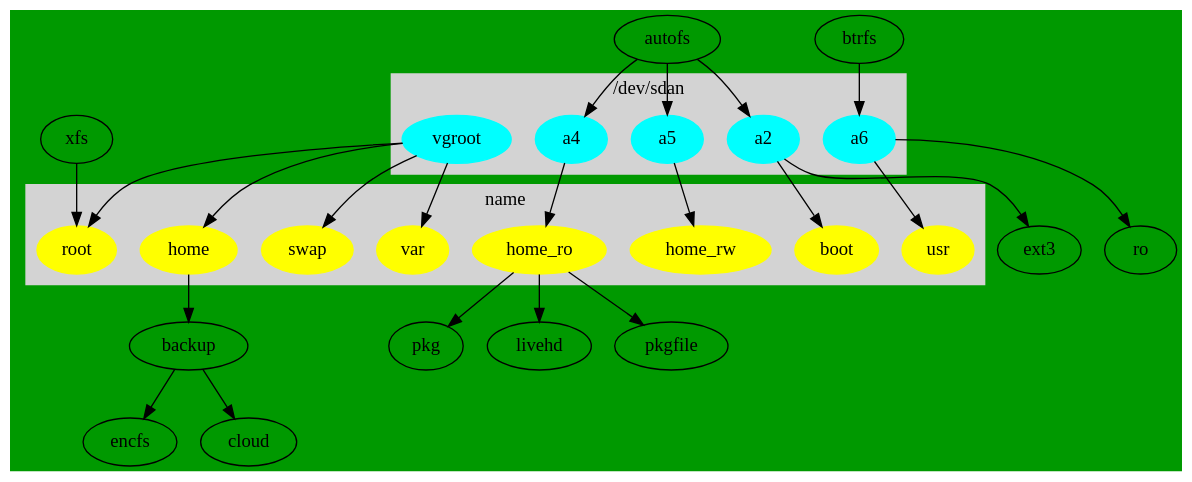
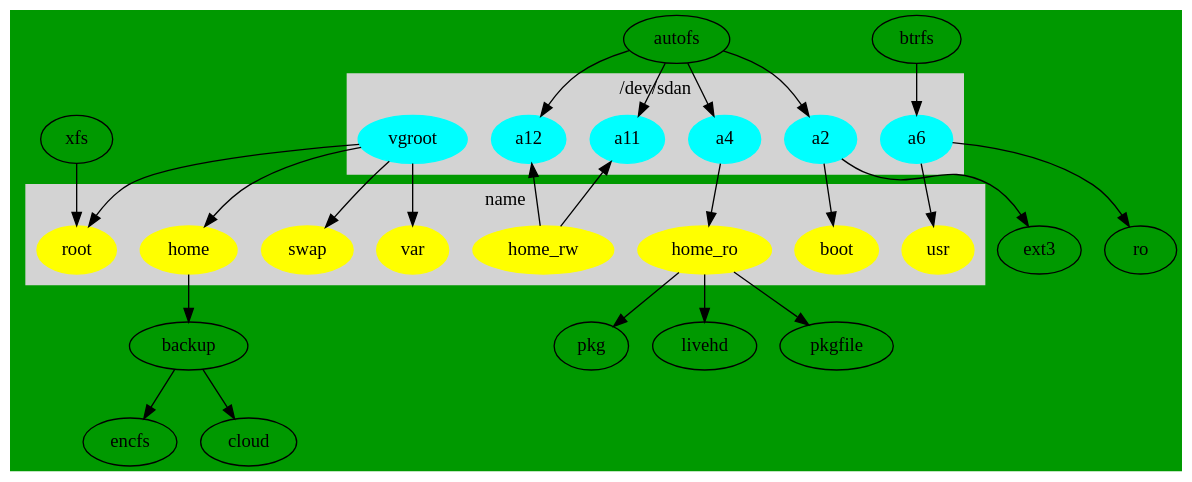
The diagram in dot/.config/dupl/parted.dot (cdede/dotfiles), drawn with Graphviz before and after one commit.

Commit message:
home_rw split 2

```diff
--- a/dot/.config/dupl/parted.dot
+++ b/dot/.config/dupl/parted.dot
@@ -1,54 +1,57 @@
 // dot -Tpng  parted.dot -o line1.png
 //  default ext4
 digraph G {
   bgcolor ="#009900";
 
 	subgraph cluster_0 {
 		style=filled;
 		color=lightgrey;
 		node [style=filled,color=cyan];
 		a2 ;
                 vgroot;
                 a4;
-                a5;
                 a6;
+                a11;
+                a12;
 		label = "/dev/sdan";
 	}
 
 	subgraph cluster_2 {
 		style=filled;
 		color=lightgrey;
 		node [style=filled,color=yellow];
 		boot;
 		root ;
                 usr;
                 var;
 		swap;
 		home;
                 home_ro;
                 home_rw;
 		label = "name";
 	}
 
 	a2 -> boot;
 	a2 -> ext3;
 	autofs->a2;
 	autofs->a4;
-	autofs->a5;
+	autofs->a11;
+	autofs->a12;
+        home_rw->a11;
+        home_rw->a12;
         btrfs ->a6;
         xfs ->root;
         vgroot -> swap ;
         vgroot -> var ;
         vgroot -> home;
         vgroot -> root;
         home->backup;
         a4 ->home_ro;
         home_ro->livehd;
         home_ro->pkgfile;
         home_ro->pkg;
-        a5 ->home_rw;
         a6 -> usr ;
         a6 ->ro;
         backup -> encfs;
         backup -> cloud;
 }
```
